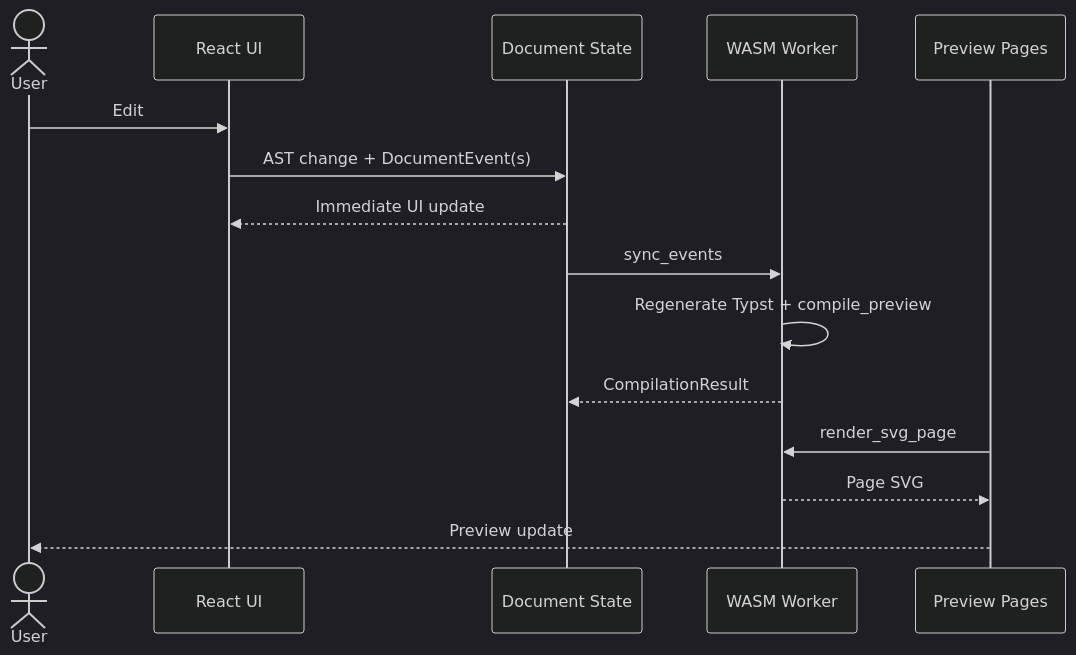
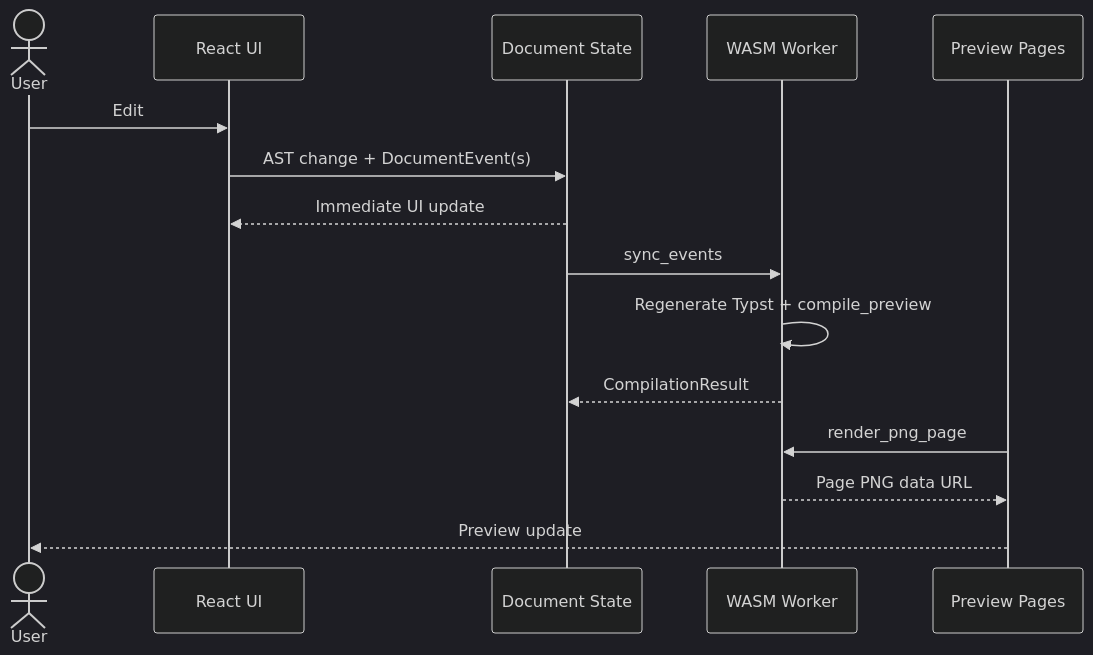
The first of 10 diagrams in context/sequence-diagrams.md (andmoreduro/ergo), drawn with Mermaid (dark theme) before and after one commit. The commit also changed other lines of this file and 3 other files, not shown here.

Commit message:
docs(context): update preview rendering docs for PNG main pages

````diff
--- a/context/sequence-diagrams.md
+++ b/context/sequence-diagrams.md
@@ -7,17 +7,17 @@
 ```mermaid
 sequenceDiagram
     actor User
     participant UI as React UI
     participant State as Document State
     participant Worker as WASM Worker
     participant Preview as Preview Pages
     User->>UI: Edit
     UI->>State: AST change + DocumentEvent(s)
     State-->>UI: Immediate UI update
     State->>Worker: sync_events
     Worker->>Worker: Regenerate Typst + compile_preview
     Worker-->>State: CompilationResult
-    Preview->>Worker: render_svg_page
-    Worker-->>Preview: Page SVG
+    Preview->>Worker: render_png_page
+    Worker-->>Preview: Page PNG data URL
     Preview-->>User: Preview update
 ```
````
